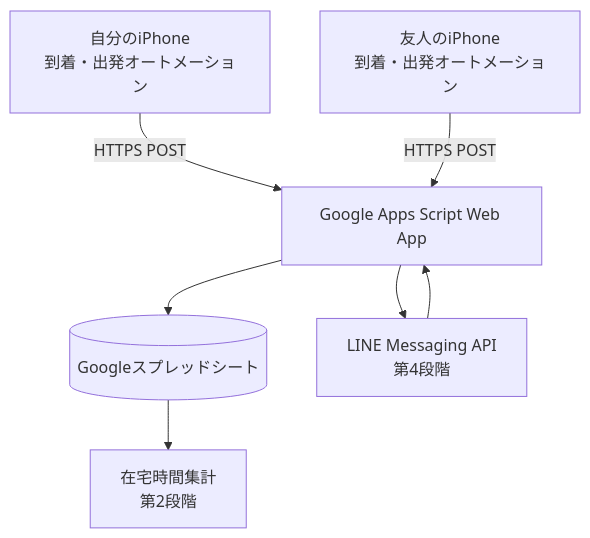
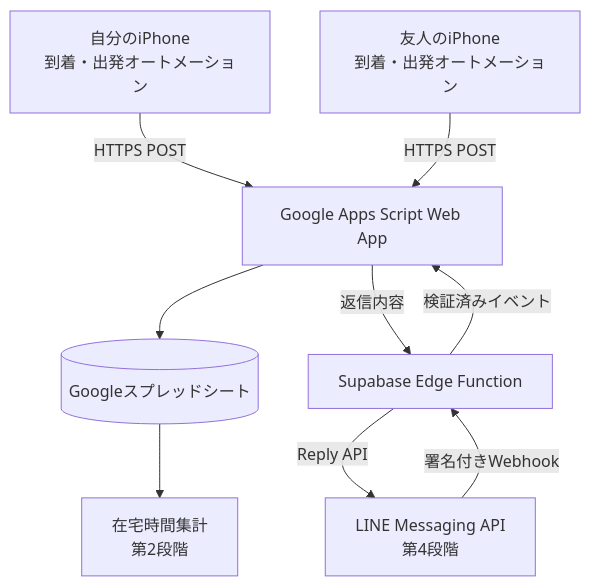
The diagram in README.md (mashushokunin/manage-elect), drawn with Mermaid before and after one commit. The commit also changed other lines of this file and 11 other files, not shown here.

````diff
--- a/README.md
+++ b/README.md
@@ -11,9 +11,11 @@
 ```mermaid
 flowchart TD
     A[自分のiPhone<br>到着・出発オートメーション] -->|HTTPS POST| C[Google Apps Script Web App]
     B[友人のiPhone<br>到着・出発オートメーション] -->|HTTPS POST| C
     C --> D[(Googleスプレッドシート)]
-    E[LINE Messaging API<br>第4段階] --> C
-    C --> E
+    E[LINE Messaging API<br>第4段階] -->|署名付きWebhook| G[Supabase Edge Function]
+    G -->|検証済みイベント| C
+    C -->|返信内容| G
+    G -->|Reply API| E
     D --> F[在宅時間集計<br>第2段階]
 ```
````
